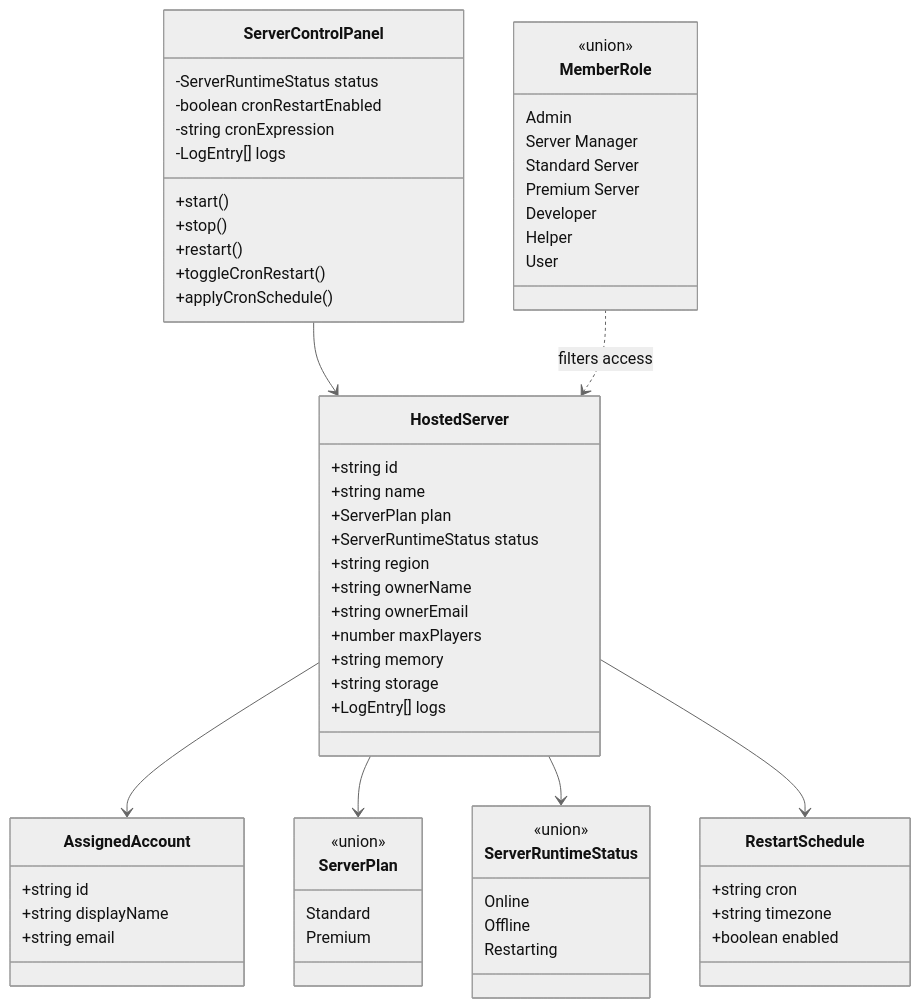
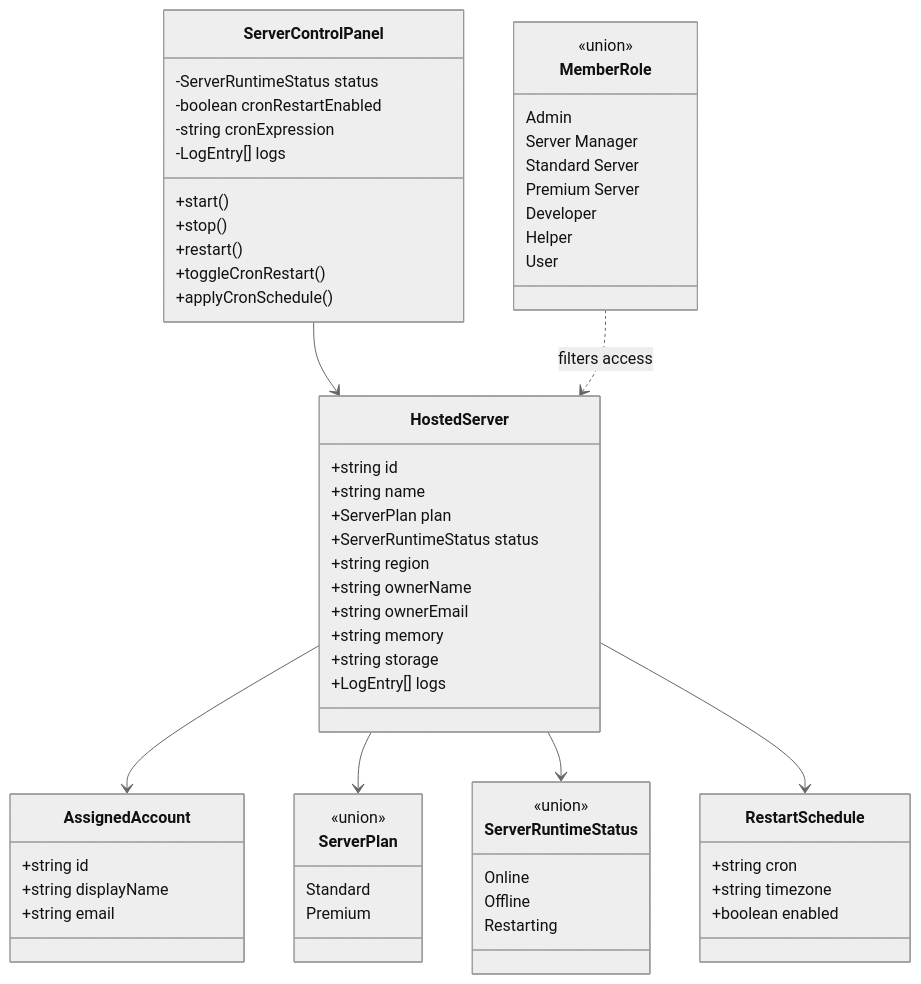
Before and after one commit to Bannerlord-Coop-Team/BannerlordCoop-website: the first of 2 diagrams in docs/server-hosting-design.md, drawn with Mermaid (neutral theme). The commit also changed other lines of this file and 9 other files, not shown here.

````diff
--- a/docs/server-hosting-design.md
+++ b/docs/server-hosting-design.md
@@ -21,64 +21,63 @@
 ```mermaid
 classDiagram
     class MemberRole {
         <<union>>
         Admin
         Server Manager
         Standard Server
         Premium Server
         Developer
         Helper
         User
     }
     class HostedServer {
         +string id
         +string name
         +ServerPlan plan
         +ServerRuntimeStatus status
         +string region
         +string ownerName
         +string ownerEmail
-        +number maxPlayers
         +string memory
         +string storage
         +LogEntry[] logs
     }
     class AssignedAccount {
         +string id
         +string displayName
         +string email
     }
     class ServerPlan {
         <<union>>
         Standard
         Premium
     }
     class ServerRuntimeStatus {
         <<union>>
         Online
         Offline
         Restarting
     }
     class RestartSchedule {
         +string cron
         +string timezone
         +boolean enabled
     }
     class ServerControlPanel {
         -ServerRuntimeStatus status
         -boolean cronRestartEnabled
         -string cronExpression
         -LogEntry[] logs
         +start()
         +stop()
         +restart()
         +toggleCronRestart()
         +applyCronSchedule()
     }
     HostedServer --> AssignedAccount
     HostedServer --> ServerPlan
     HostedServer --> ServerRuntimeStatus
     HostedServer --> RestartSchedule
     ServerControlPanel --> HostedServer
     MemberRole ..> HostedServer : filters access
 ```
````
